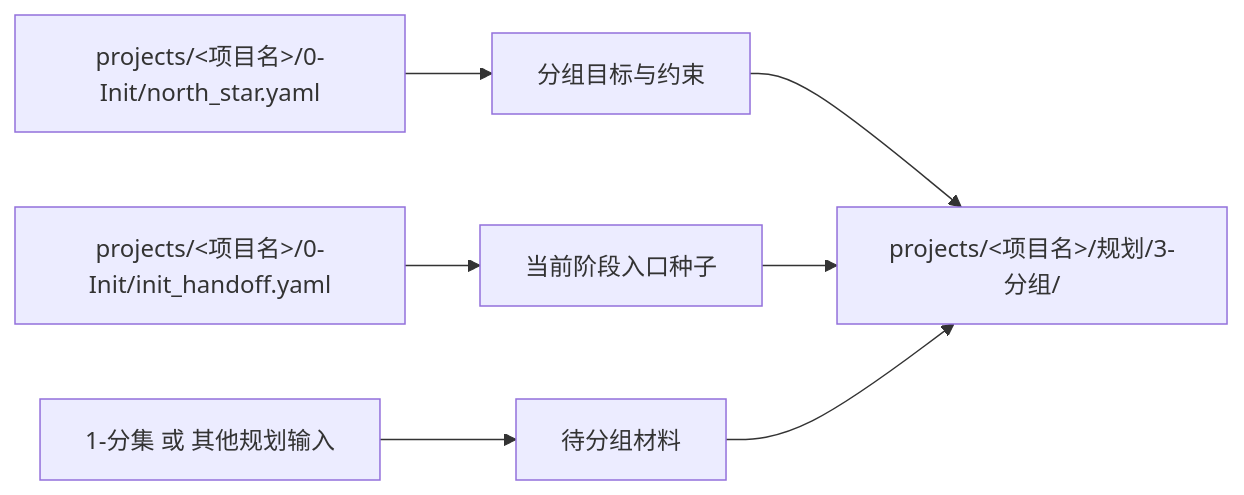
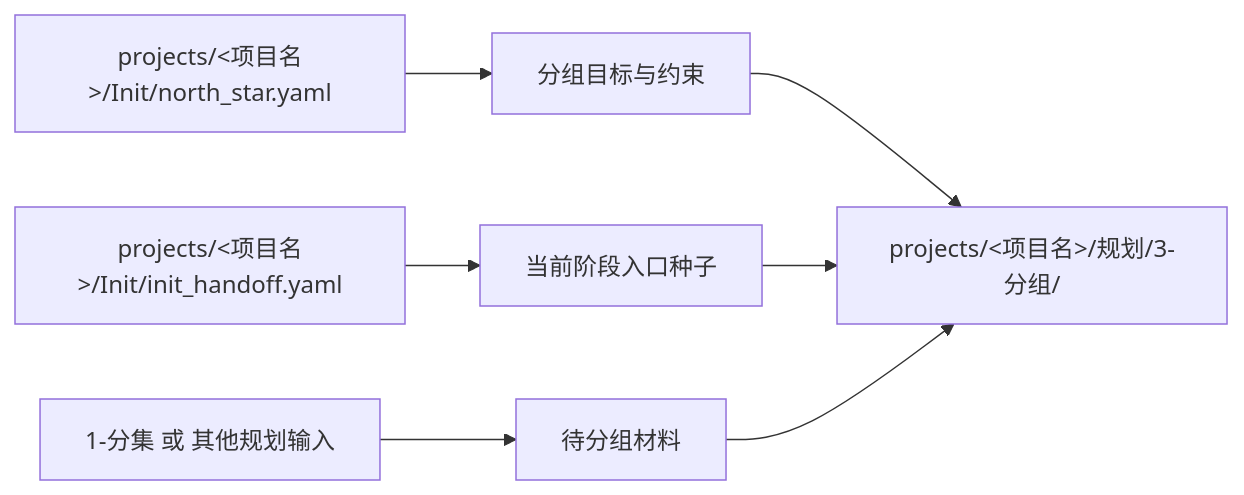
Before and after one commit to ZEN-VOID/AI-CUT: the second of 2 diagrams in .agents/skills/aigc/1-规划/subtypes/3-分组/SKILL.md, drawn with Mermaid. The commit also changed other lines of this file and 54 other files, not shown here.

````diff
--- a/.agents/skills/aigc/1-规划/subtypes/3-分组/SKILL.md
+++ b/.agents/skills/aigc/1-规划/subtypes/3-分组/SKILL.md
@@ -87,9 +84,9 @@
 ```mermaid
 flowchart LR
-    A["projects/<项目名>/0-Init/north_star.yaml"] --> B["分组目标与约束"]
-    C["projects/<项目名>/0-Init/init_handoff.yaml"] --> D["当前阶段入口种子"]
+    A["projects/<项目名>/Init/north_star.yaml"] --> B["分组目标与约束"]
+    C["projects/<项目名>/Init/init_handoff.yaml"] --> D["当前阶段入口种子"]
     E["1-分集 或 其他规划输入"] --> F["待分组材料"]
     B --> G["projects/<项目名>/规划/3-分组/"]
     D --> G
     F --> G
 ```
````
